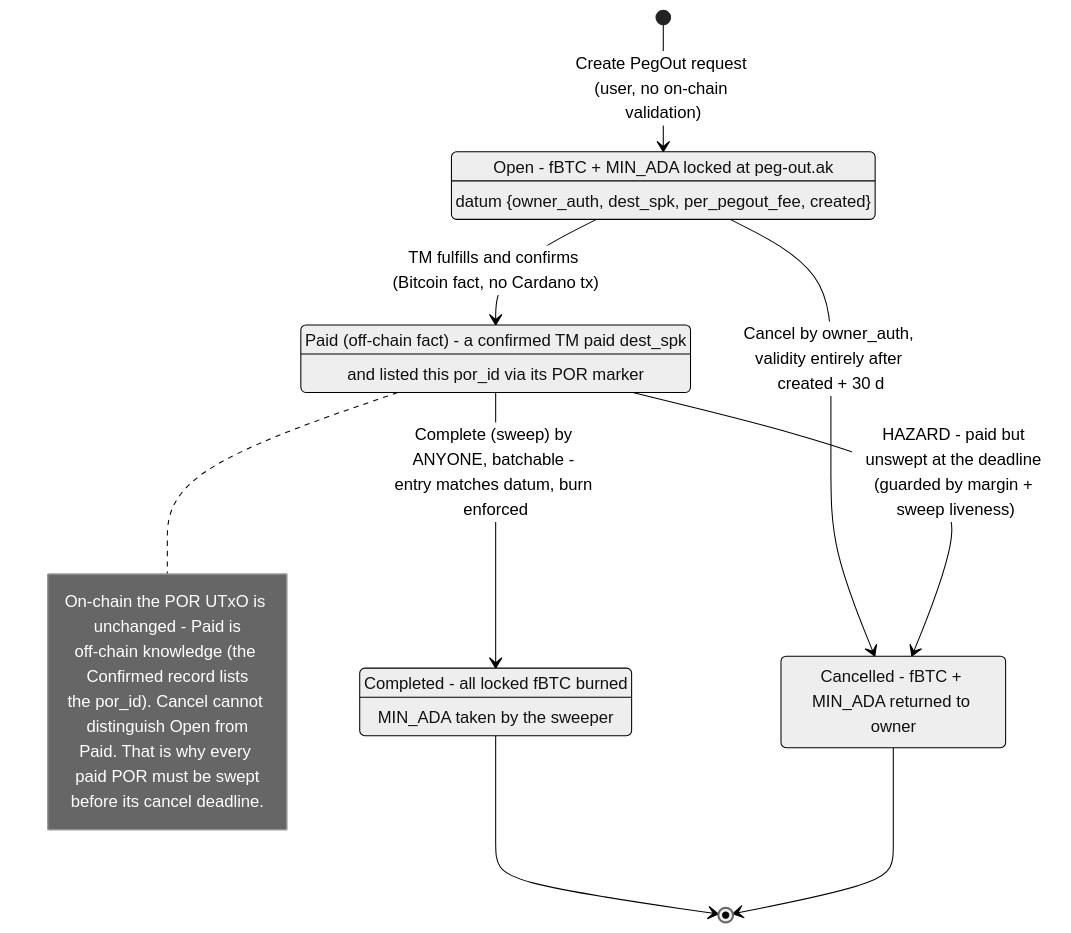
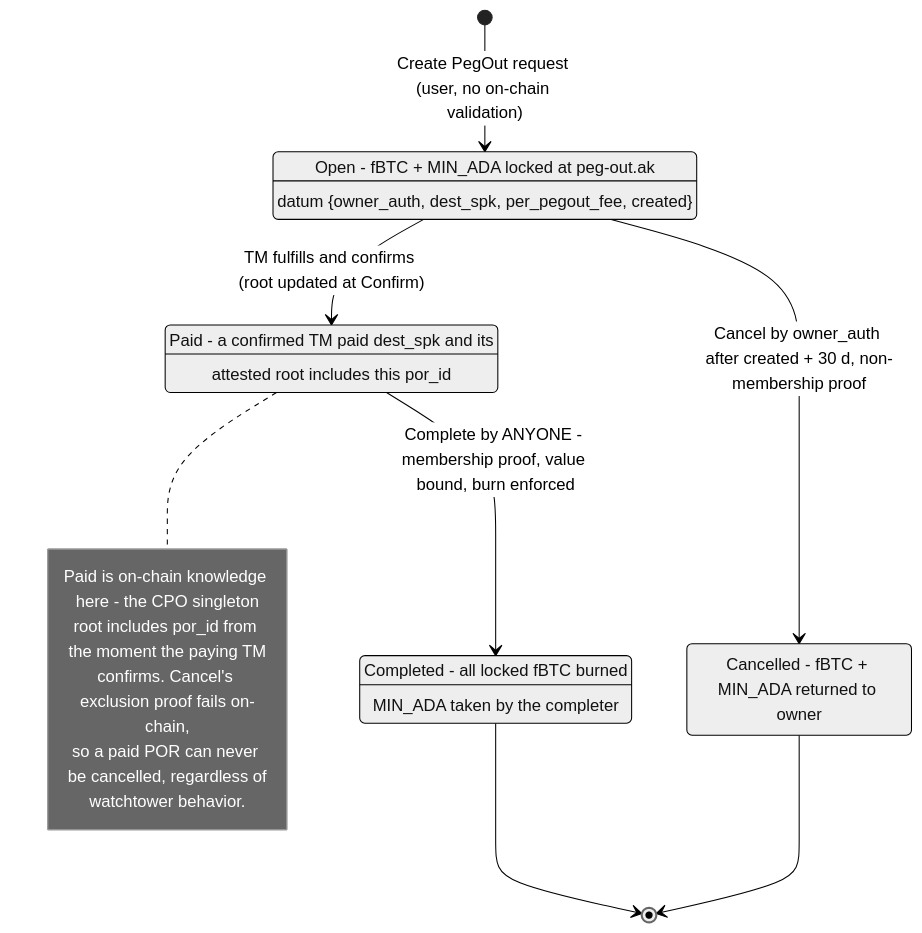
One commit to rssh/ft-bifrost-bridge changed the diagram in docs/superpowers/specs/2026-07-22-peg-out-fulfilled-trie-design.md. Above: the diagram before and after it, drawn with Mermaid (neutral theme). The commit also changed other lines of this file and 1 other file, not shown here.

First line of the commit message:
docs(spec,plan): rev 5 - FROST-attested CPO root

````diff
--- a/docs/superpowers/specs/2026-07-22-peg-out-fulfilled-trie-design.md
+++ b/docs/superpowers/specs/2026-07-22-peg-out-fulfilled-trie-design.md
@@ -343,26 +54,25 @@
 ```mermaid
 stateDiagram-v2
     Open : Open - fBTC + MIN_ADA locked at peg-out.ak
     Open : datum {owner_auth, dest_spk, per_pegout_fee, created}
-    Paid : Paid (off-chain fact) - a confirmed TM paid dest_spk
-    Paid : and listed this por_id via its POR marker
+    Paid : Paid - a confirmed TM paid dest_spk and its
+    Paid : attested root includes this por_id
     Completed : Completed - all locked fBTC burned
-    Completed : MIN_ADA taken by the sweeper
+    Completed : MIN_ADA taken by the completer
     Cancelled : Cancelled - fBTC + MIN_ADA returned to owner
 
     [*] --> Open : Create PegOut request (user, no on-chain validation)
-    Open --> Paid : TM fulfills and confirms (Bitcoin fact, no Cardano tx)
-    Paid --> Completed : Complete (sweep) by ANYONE, batchable - entry matches datum, burn enforced
-    Open --> Cancelled : Cancel by owner_auth, validity entirely after created + 30 d
-    Paid --> Cancelled : HAZARD - paid but unswept at the deadline (guarded by margin + sweep liveness)
+    Open --> Paid : TM fulfills and confirms (root updated at Confirm)
+    Paid --> Completed : Complete by ANYONE - membership proof, value bound, burn enforced
+    Open --> Cancelled : Cancel by owner_auth after created + 30 d, non-membership proof
     Completed --> [*]
     Cancelled --> [*]
 
     note right of Paid
-        On-chain the POR UTxO is unchanged - Paid is
-        off-chain knowledge (the Confirmed record lists
-        the por_id). Cancel cannot distinguish Open from
-        Paid. That is why every paid POR must be swept
-        before its cancel deadline.
+        Paid is on-chain knowledge here - the CPO singleton
+        root includes por_id from the moment the paying TM
+        confirms. Cancel's exclusion proof fails on-chain,
+        so a paid POR can never be cancelled, regardless of
+        watchtower behavior.
     end note
 ```
````
